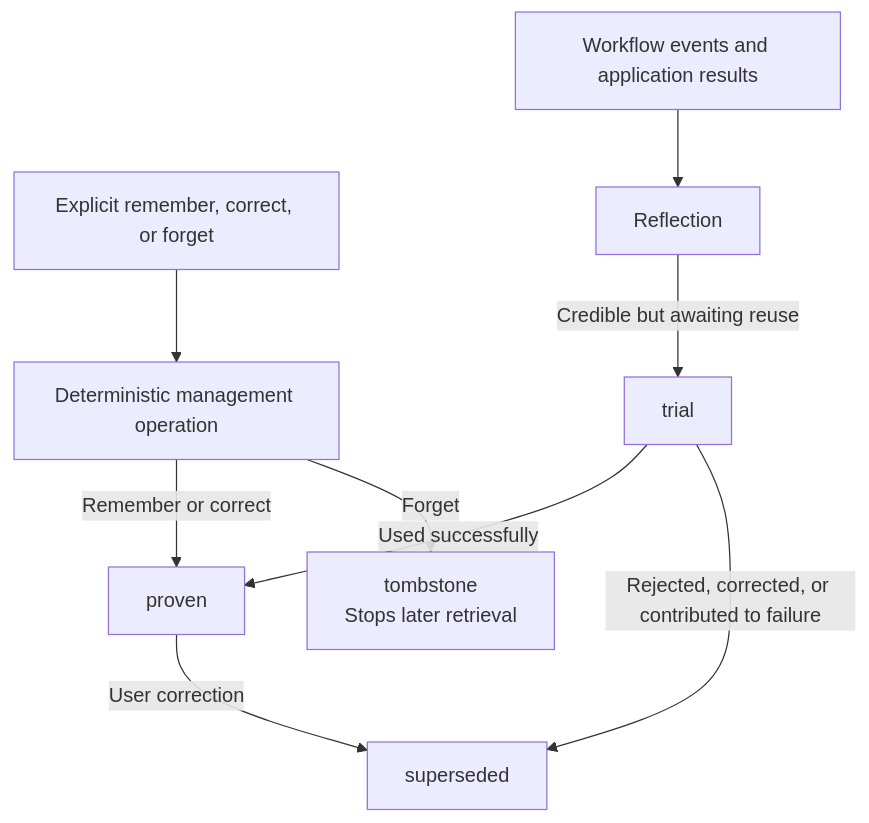
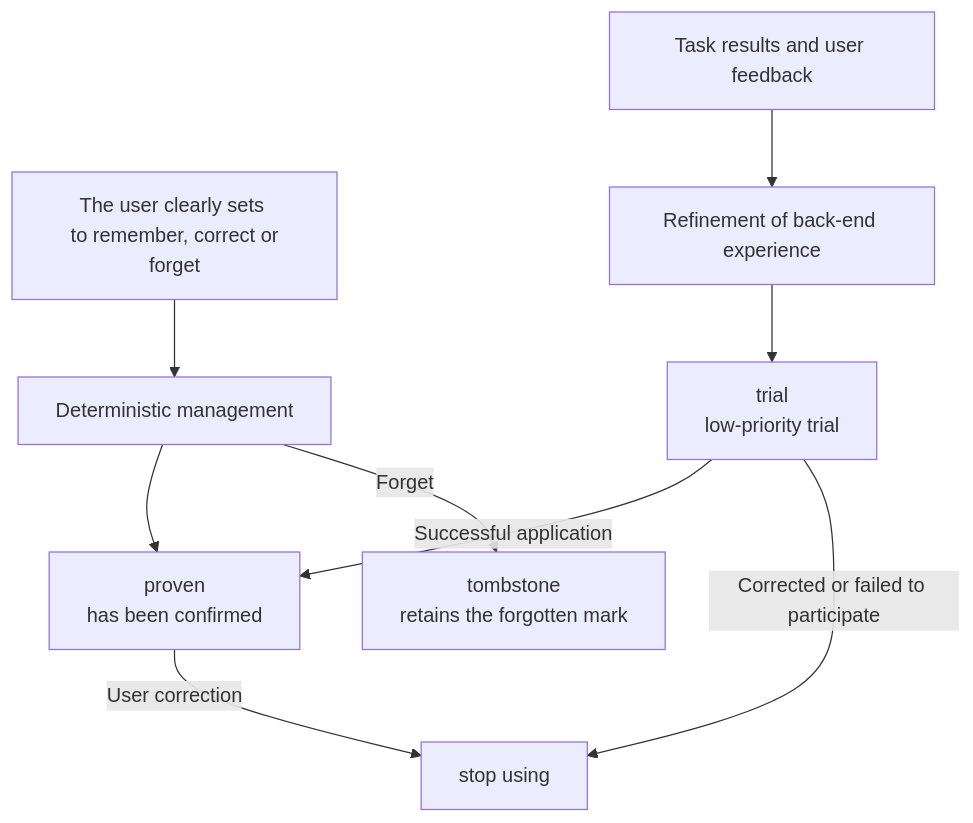
One commit to rpamis/comet-website-docs changed the diagram in en/plugins/personal-memory.mdx. Above: the diagram before and after it, drawn with Mermaid. The commit also changed other lines of this file and 158 other files, not shown here.

````diff
--- a/en/plugins/personal-memory.mdx
+++ b/en/plugins/personal-memory.mdx
@@ -26,11 +88,11 @@
 ```mermaid
 flowchart TD
-  E["Explicit remember, correct, or forget"] --> P["Deterministic management operation"]
-  P -->|Remember or correct| V["proven"]
-  P -->|Forget| T["tombstone\nStops later retrieval"]
-  X["Workflow events and application results"] --> R["Reflection"]
-  R -->|Credible but awaiting reuse| R1["trial"]
-  R1 -->|Used successfully| V
-  R1 -->|Rejected, corrected, or contributed to failure| S["superseded"]
-  V -->|User correction| S
+  U["The user clearly sets <br/> to remember, correct or forget"] --> D["Deterministic management"]
+  D --> P["proven<br/> has been confirmed"]
+  E["Task results and user feedback"] --> R["Refinement of back-end experience"]
+  R --> T["trial<br/> low-priority trial"]
+  T -->|Successful application| P
+  T -->|Corrected or failed to participate| S["stop using"]
+  P -->|User correction| S
+  D -->|Forget| X["tombstone<br/> retains the forgotten mark"]
 ```
````
